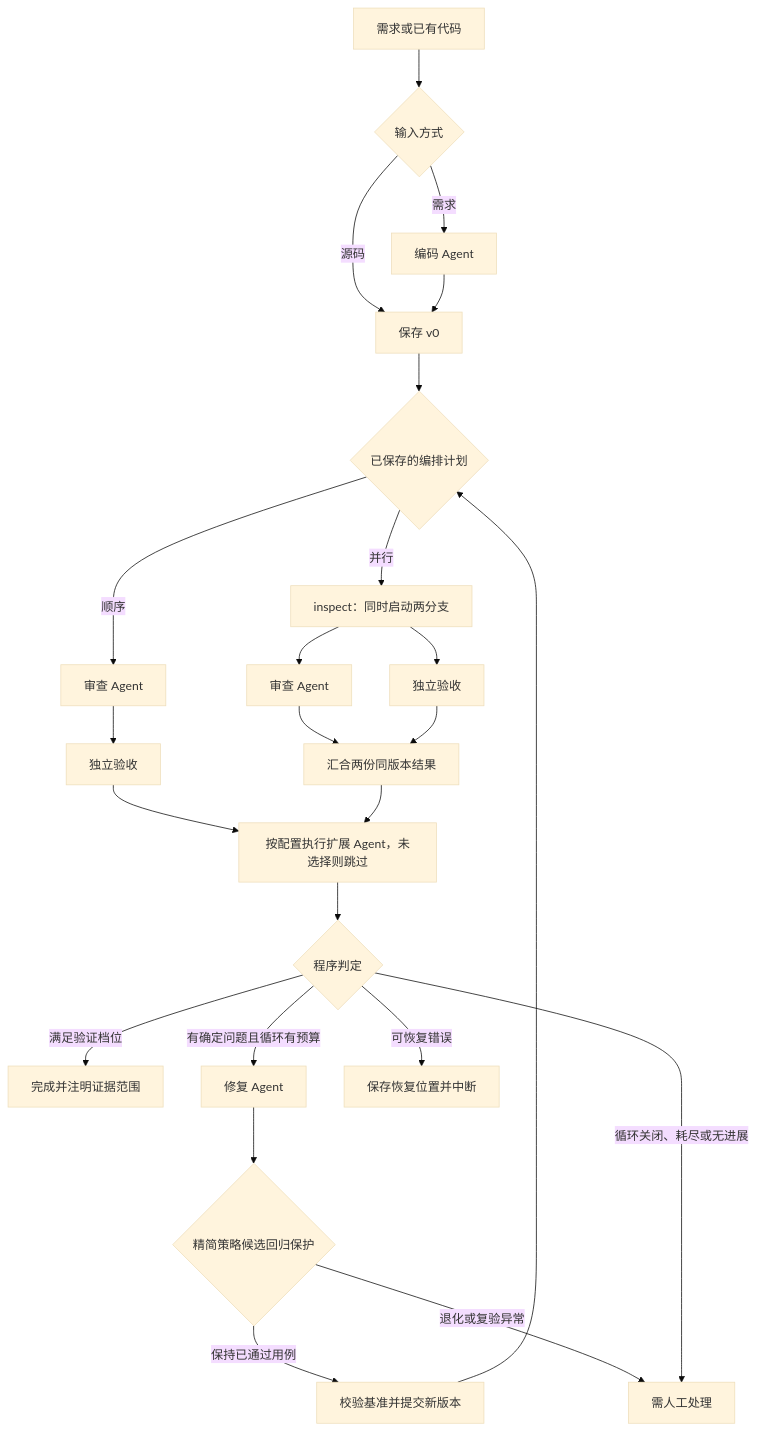
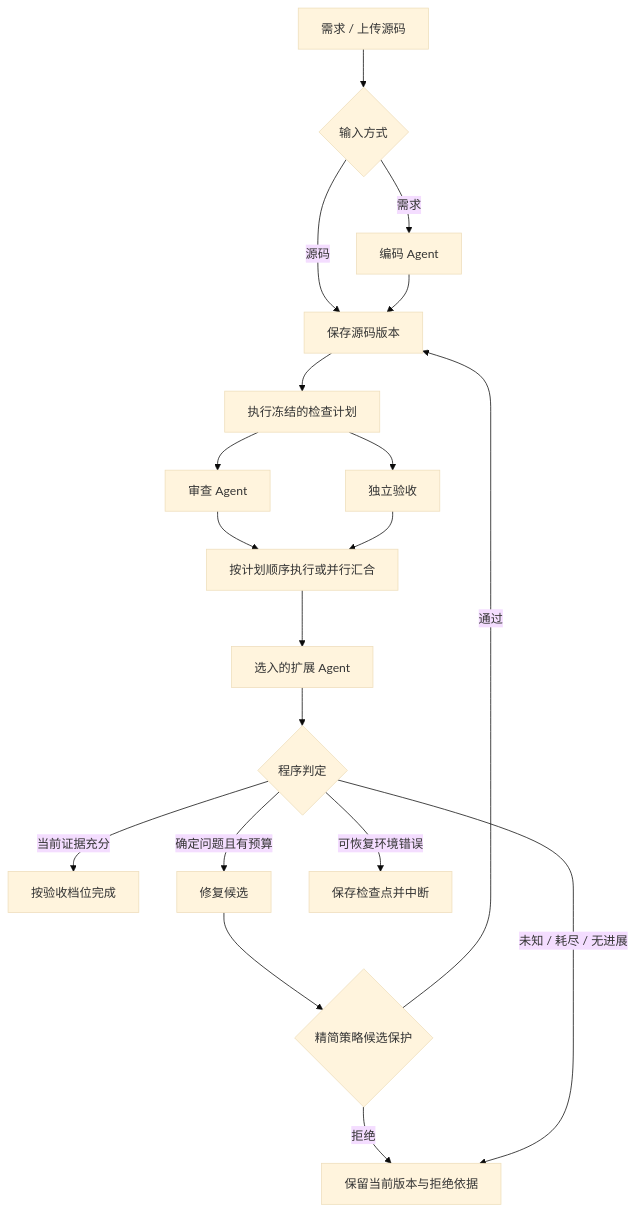
Before and after one commit to KADG777/Codelens_Pro: the diagram in docs/DESIGN.md, drawn with Mermaid (base theme). The commit also changed other lines of this file and 5 other files, not shown here.

````diff
--- a/docs/DESIGN.md
+++ b/docs/DESIGN.md
@@ -18,26 +28,21 @@
 ```mermaid
 flowchart TD
-    A[需求或已有代码] --> B{输入方式}
+    A[需求 / 上传源码] --> B{输入方式}
     B -->|需求| C[编码 Agent]
-    B -->|源码| D[保存 v0]
-    C --> D
-    D --> P{已保存的编排计划}
-    P -->|顺序| R[审查 Agent]
-    R --> V[独立验收]
-    P -->|并行| I[inspect：同时启动两分支]
-    I --> R2[审查 Agent]
-    I --> V2[独立验收]
-    R2 --> J[汇合两份同版本结果]
-    V2 --> J
-    V --> X[按配置执行扩展 Agent，未选择则跳过]
-    J --> X
+    B -->|源码| S[保存源码版本]
+    C --> S
+    S --> P[执行冻结的检查计划]
+    P --> R[审查 Agent]
+    P --> V[独立验收]
+    R --> J[按计划顺序执行或并行汇合]
+    V --> J
+    J --> X[选入的扩展 Agent]
     X --> G{程序判定}
-    G -->|满足验证档位| O[完成并注明证据范围]
-    G -->|有确定问题且循环有预算| F[修复 Agent]
-    F --> Q{精简策略候选回归保护}
-    Q -->|保持已通过用例| S[校验基准并提交新版本]
-    Q -->|退化或复验异常| N
-    S --> P
-    G -->|循环关闭、耗尽或无进展| N[需人工处理]
-    G -->|可恢复错误| E[保存恢复位置并中断]
+    G -->|当前证据充分| D[按验收档位完成]
+    G -->|确定问题且有预算| F[修复候选]
+    F --> Q{精简策略候选保护}
+    Q -->|通过| S
+    Q -->|拒绝| N[保留当前版本与拒绝依据]
+    G -->|未知 / 耗尽 / 无进展| N
+    G -->|可恢复环境错误| E[保存检查点并中断]
 ```
````
